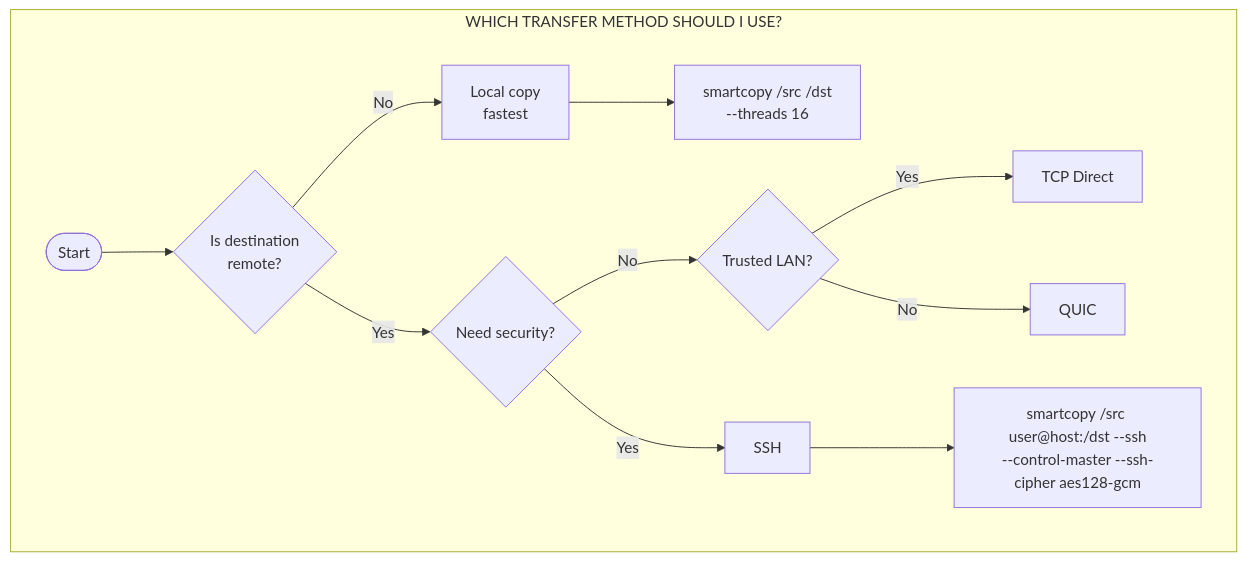
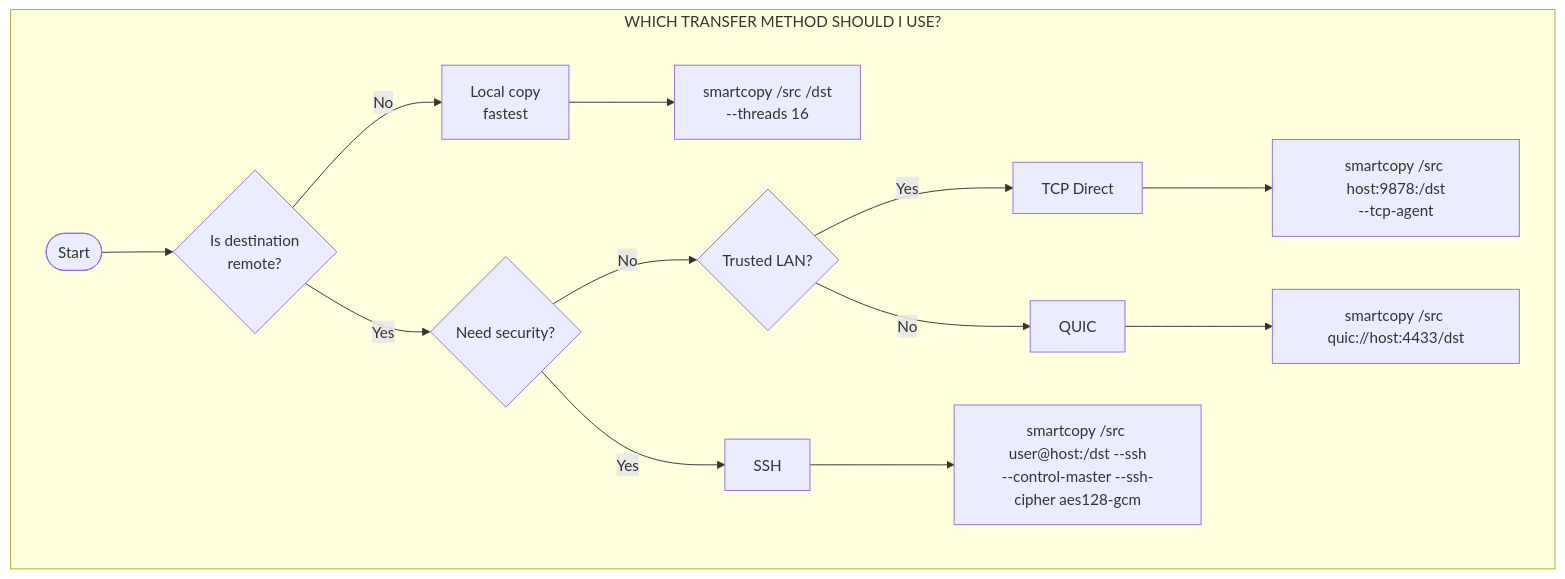
One commit to gustcol/smartcopy changed the seventh of 9 diagrams in README.md. Above: the diagram before and after it, drawn with Mermaid. The commit also changed other lines of this file, not shown here.

````diff
--- a/README.md
+++ b/README.md
@@ -416,14 +418,16 @@
 ```mermaid
 flowchart TD
     subgraph DECISION["WHICH TRANSFER METHOD SHOULD I USE?"]
         Start([Start]) --> Q1{Is destination<br>remote?}
         Q1 -->|No| LOCAL[Local copy<br>fastest]
         LOCAL --> CMD1["smartcopy /src /dst<br>--threads 16"]
         Q1 -->|Yes| Q2{Need security?}
         Q2 -->|Yes| SSH[SSH]
         Q2 -->|No| Q3{Trusted LAN?}
         Q3 -->|Yes| TCP[TCP Direct]
         Q3 -->|No| QUIC[QUIC]
         SSH --> CMD2["smartcopy /src user@host:/dst --ssh<br>--control-master --ssh-cipher aes128-gcm"]
+        TCP --> CMD3["smartcopy /src host:9878:/dst<br>--tcp-agent"]
+        QUIC --> CMD4["smartcopy /src quic://host:4433/dst"]
     end
 ```
````
